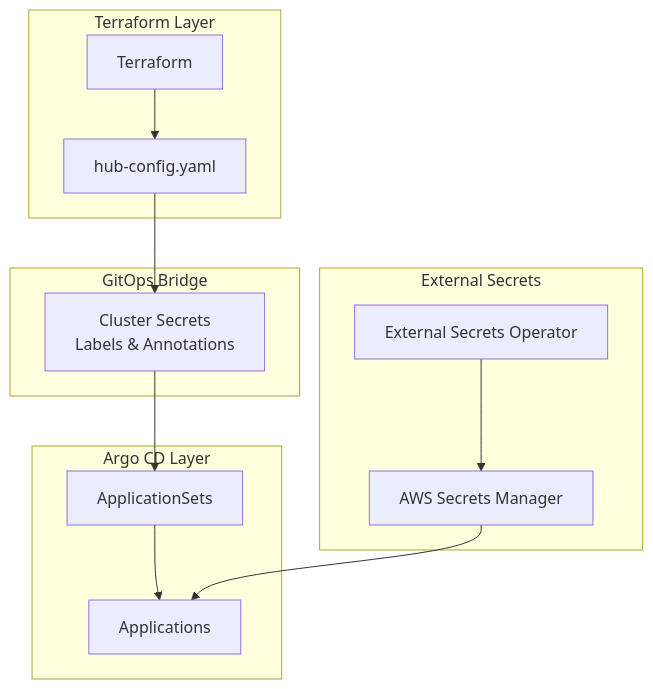
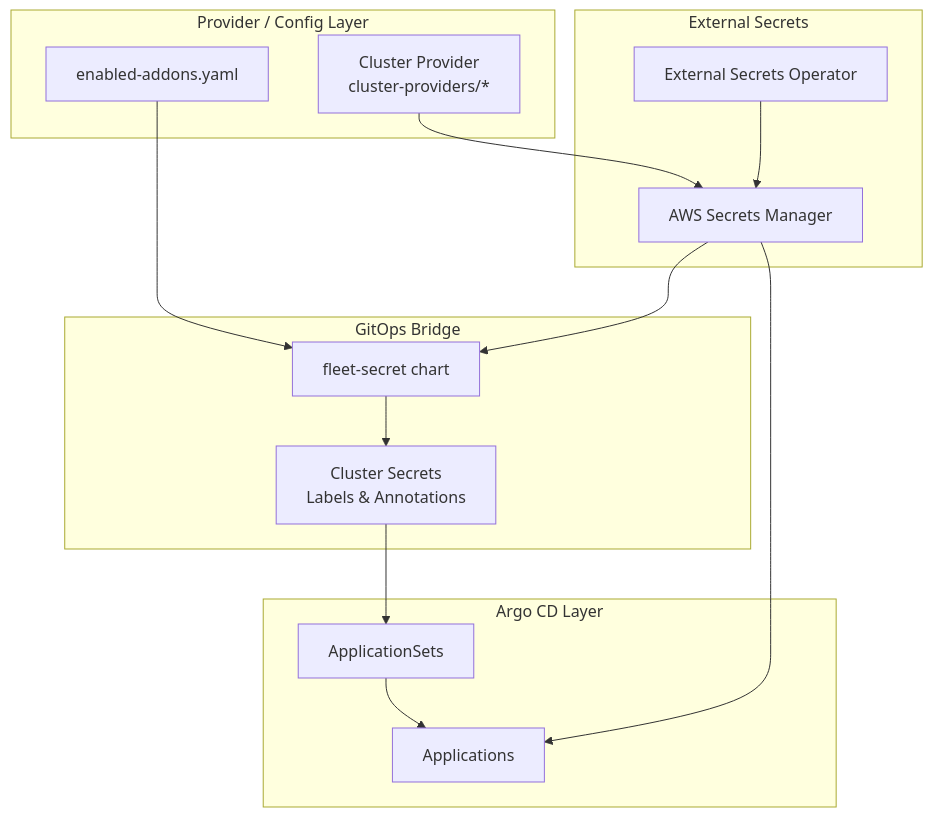
One commit to amediomediagroup/appmod-blueprints changed the diagram in docs/platform/gitops-bridge-architecture.md. Above: the diagram before and after it, drawn with Mermaid. The commit also changed other lines of this file and 15 other files, not shown here.

First line of the commit message:
docs: align platform docs & steering with cluster-providers architecture

````diff
--- a/docs/platform/gitops-bridge-architecture.md
+++ b/docs/platform/gitops-bridge-architecture.md
@@ -9,28 +9,31 @@
 ```mermaid
 graph TB
-    subgraph "Terraform Layer"
-        TF[Terraform]
-        HUB_CONFIG[hub-config.yaml]
+    subgraph "Provider / Config Layer"
+        PROVIDER[Cluster Provider<br/>cluster-providers/*]
+        ENABLED[enabled-addons.yaml]
     end
     
     subgraph "GitOps Bridge"
+        FLEET[fleet-secret chart]
         CLUSTER_SECRETS[Cluster Secrets<br/>Labels & Annotations]
     end
     
     subgraph "Argo CD Layer"
         APPSETS[ApplicationSets]
         APPS[Applications]
     end
     
     subgraph "External Secrets"
         ESO[External Secrets Operator]
         AWS_SM[AWS Secrets Manager]
     end
     
-    TF --> HUB_CONFIG
-    HUB_CONFIG --> CLUSTER_SECRETS
+    PROVIDER --> AWS_SM
+    ENABLED --> FLEET
+    AWS_SM --> FLEET
+    FLEET --> CLUSTER_SECRETS
     CLUSTER_SECRETS --> APPSETS
     APPSETS --> APPS
     ESO --> AWS_SM
     AWS_SM --> APPS
 ```
````
